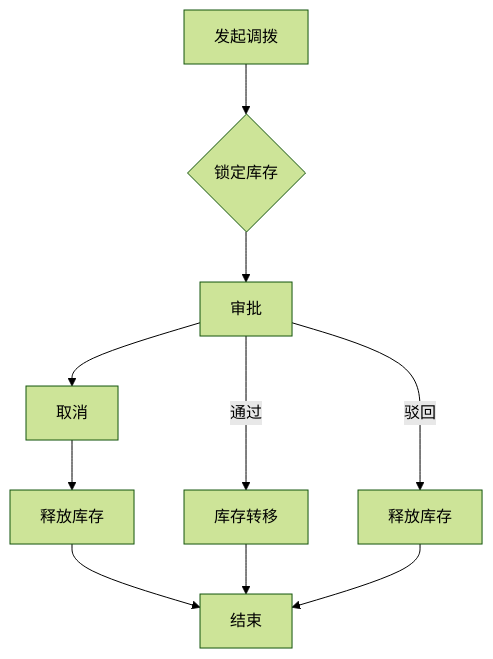
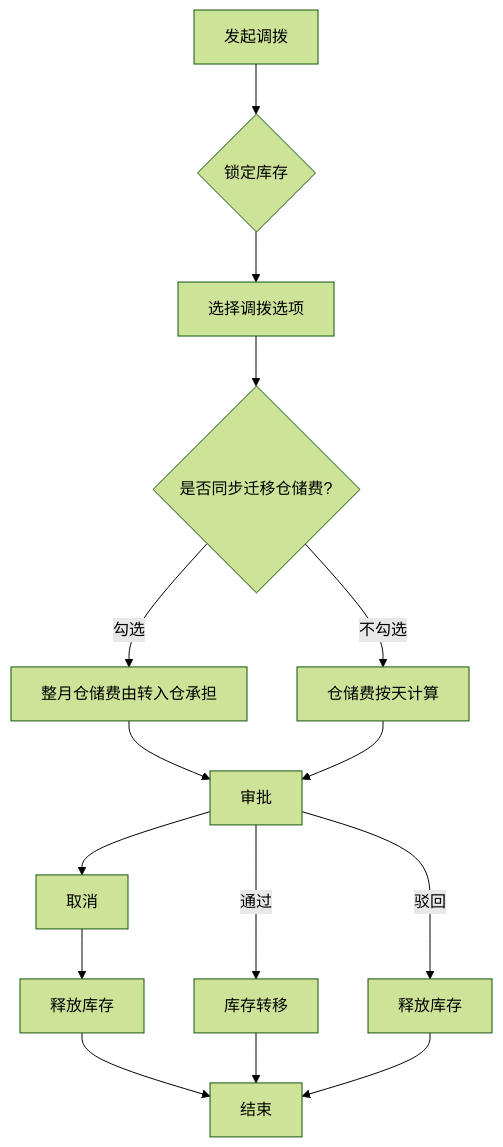
The third of 5 diagrams in 虚拟仓/prd.md (1191232345/Axure_ELSA), drawn with Mermaid (forest theme) before and after one commit. The commit also changed other lines of this file and 1 other file, not shown here.

````diff
--- a/虚拟仓/prd.md
+++ b/虚拟仓/prd.md
@@ -61,14 +85,17 @@
 ```mermaid
 graph TD
     A["发起调拨"] --> B{"锁定库存"}
-    B --> C["审批"]
-    C --> D["取消"]
-    C --> |"通过"| E["库存转移"]
-    C --> |"驳回"| F["释放库存"]
-    D --> G["释放库存"]
-    G --> I["结束"]
-    E --> I["结束"]
-    F --> I["结束"]
- 
-
+    B --> C["选择调拨选项"]
+    C --> D{"是否同步迁移仓储费?"}
+    D -->|"勾选"| E["整月仓储费由转入仓承担"]
+    D -->|"不勾选"| F["仓储费按天计算"]
+    E --> G["审批"]
+    F --> G
+    G --> H["取消"]
+    G --> |"通过"| I["库存转移"]
+    G --> |"驳回"| J["释放库存"]
+    H --> K["释放库存"]
+    K --> L["结束"]
+    I --> L["结束"]
+    J --> L["结束"]
 ```
````
